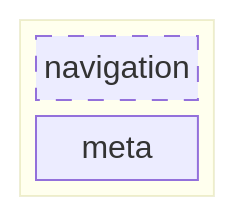
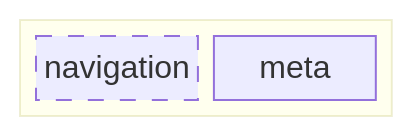
Before and after one commit to Pan-Canadian-Genome-Library/documentation: the diagram in patterns/common_elements/footer.md, drawn with Mermaid. The commit also changed other lines of this file and 3 other files, not shown here.

````diff
--- a/patterns/common_elements/footer.md
+++ b/patterns/common_elements/footer.md
@@ -21,9 +20,9 @@
 ```mermaid
   block
+    columns 1
     block 
-    columns 1 
       navigation["navigation"]
       meta["meta"]
       style navigation stroke-dasharray:8px
     end
 ```
````
